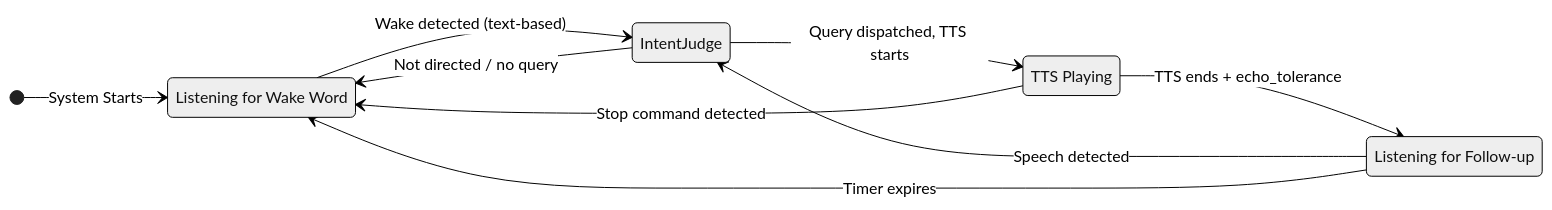
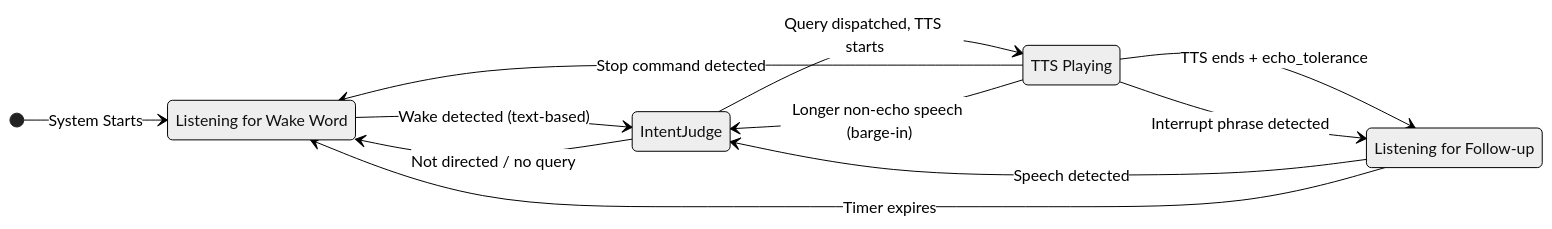
One commit to Deepanshxsharma/jarvis changed the diagram in src/jarvis/listening/listening.spec.md. Above: the diagram before and after it, drawn with Mermaid (neutral theme). The commit also changed other lines of this file and 11 other files, not shown here.

````diff
--- a/src/jarvis/listening/listening.spec.md
+++ b/src/jarvis/listening/listening.spec.md
@@ -348,17 +356,19 @@
 ```mermaid
 stateDiagram-v2
     direction LR
     [*] --> WakeWord: System Starts
 
     WakeWord: Listening for Wake Word
     HotWindow: Listening for Follow-up
     DuringTTS: TTS Playing
 
     WakeWord --> IntentJudge: Wake detected (text-based)
     IntentJudge --> DuringTTS: Query dispatched, TTS starts
     IntentJudge --> WakeWord: Not directed / no query
     DuringTTS --> HotWindow: TTS ends + echo_tolerance
     HotWindow --> IntentJudge: Speech detected
     HotWindow --> WakeWord: Timer expires
     DuringTTS --> WakeWord: Stop command detected
+    DuringTTS --> HotWindow: Interrupt phrase detected
+    DuringTTS --> IntentJudge: Longer non-echo speech (barge-in)
 ```
````
